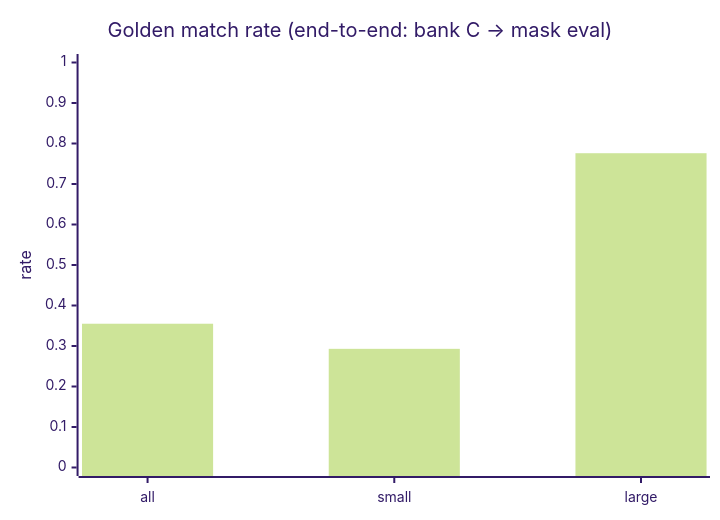
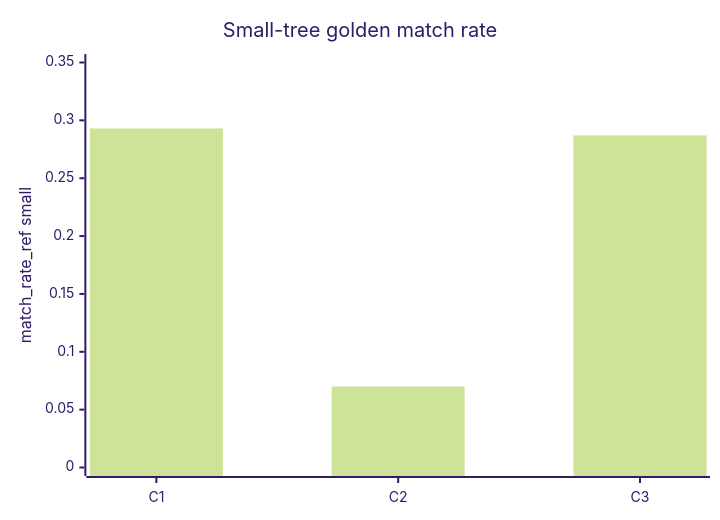
The fourth of 4 diagrams in conifervision/experiments/exp-002-rgb-seg-backend-ceiling.md (kris1pl/ai-research-forestry), drawn with Mermaid (forest theme) before and after one commit. The commit also changed other lines of this file, not shown here.

````diff
--- a/conifervision/experiments/exp-002-rgb-seg-backend-ceiling.md
+++ b/conifervision/experiments/exp-002-rgb-seg-backend-ceiling.md
@@ -283,7 +300,7 @@
 ```mermaid
 xychart-beta
-    title "Golden match rate (end-to-end: bank C → mask eval)"
-    x-axis ["all", "small", "large"]
-    y-axis "rate" 0 --> 1
-    bar [0.355, 0.293, 0.776]
+    title "Small-tree golden match rate"
+    x-axis ["C1", "C2", "C3"]
+    y-axis "match_rate_ref small" 0 --> 0.35
+    bar [0.293, 0.070, 0.287]
 ```
````
